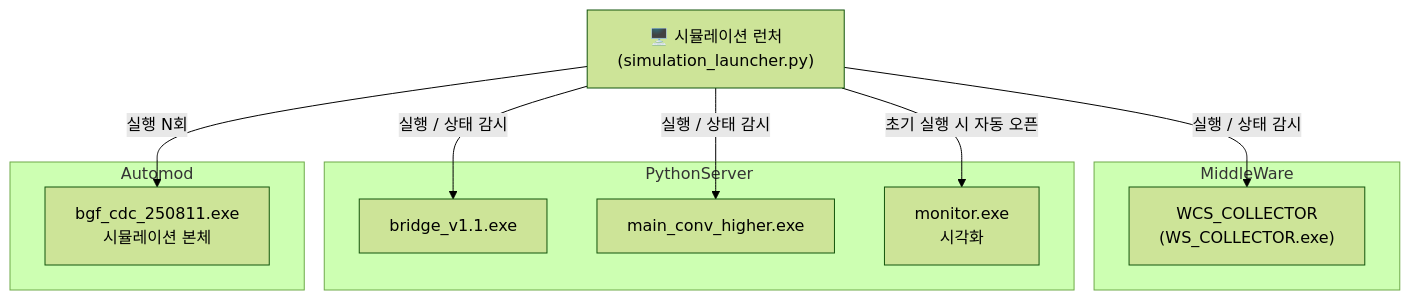
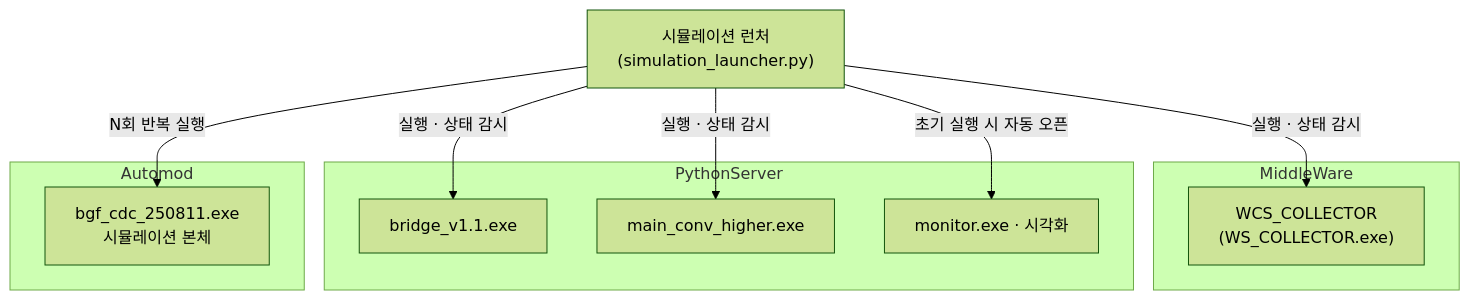
The diagram in 2026-03-25_develop_note.md (jonghoinside/EES-Develop), drawn with Mermaid (forest theme) before and after one commit. The commit also changed other lines of this file, not shown here.

````diff
--- a/2026-03-25_develop_note.md
+++ b/2026-03-25_develop_note.md
@@ -30,24 +19,24 @@
 ```mermaid
 graph TD
-    Launcher["🖥️ 시뮬레이션 런처\n(simulation_launcher.py)"]
+    Launcher["시뮬레이션 런처\n(simulation_launcher.py)"]
 
     subgraph MiddleWare
         WCS["WCS_COLLECTOR\n(WS_COLLECTOR.exe)"]
     end
 
     subgraph PythonServer
         Bridge["bridge_v1.1.exe"]
         Conv["main_conv_higher.exe"]
-        Mon["monitor.exe\n시각화"]
+        Mon["monitor.exe · 시각화"]
     end
 
     subgraph Automod
         Sim["bgf_cdc_250811.exe\n시뮬레이션 본체"]
     end
 
-    Launcher -->|실행 / 상태 감시| WCS
-    Launcher -->|실행 / 상태 감시| Bridge
-    Launcher -->|실행 / 상태 감시| Conv
-    Launcher -->|실행 N회| Sim
+    Launcher -->|실행 · 상태 감시| WCS
+    Launcher -->|실행 · 상태 감시| Bridge
+    Launcher -->|실행 · 상태 감시| Conv
+    Launcher -->|N회 반복 실행| Sim
     Launcher -->|초기 실행 시 자동 오픈| Mon
 ```
````
